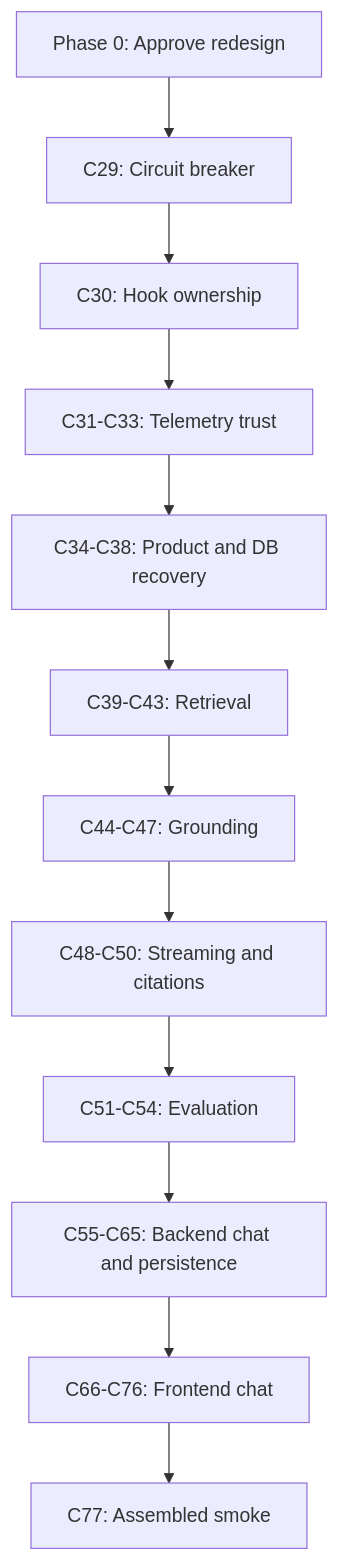
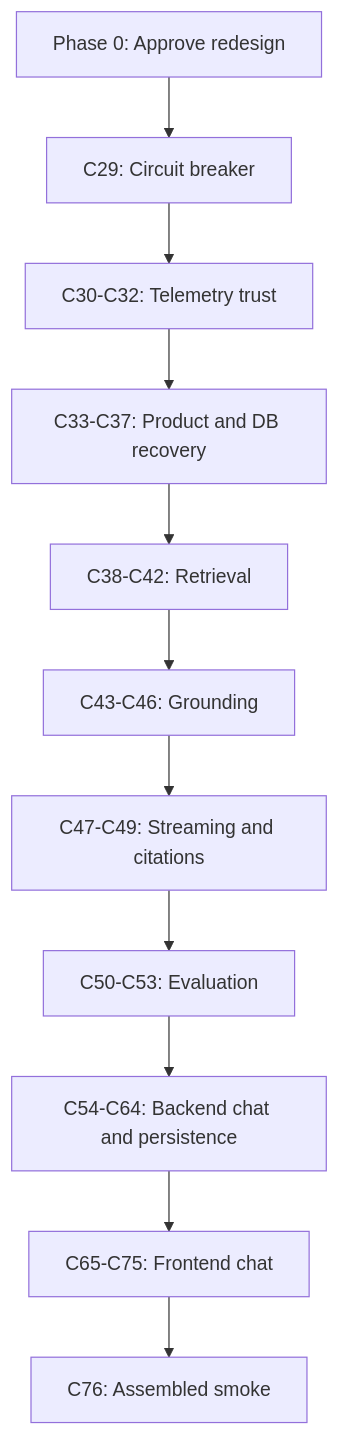
The diagram in MULTI_AGENT_WORKFLOW_REDESIGN_ROADMAP.md (EranMani/manifesto), drawn with Mermaid before and after one commit. The commit also changed other lines of this file and 11 other files, not shown here.

````diff
--- a/MULTI_AGENT_WORKFLOW_REDESIGN_ROADMAP.md
+++ b/MULTI_AGENT_WORKFLOW_REDESIGN_ROADMAP.md
@@ -676,14 +690,13 @@
 ```mermaid
 flowchart TD
     P0["Phase 0: Approve redesign"] --> C29["C29: Circuit breaker"]
-    C29 --> C30["C30: Hook ownership"]
-    C30 --> WF["C31-C33: Telemetry trust"]
-    WF --> REC["C34-C38: Product and DB recovery"]
-    REC --> RET["C39-C43: Retrieval"]
-    RET --> GRD["C44-C47: Grounding"]
-    GRD --> STR["C48-C50: Streaming and citations"]
-    STR --> EVAL["C51-C54: Evaluation"]
-    EVAL --> API["C55-C65: Backend chat and persistence"]
-    API --> UI["C66-C76: Frontend chat"]
-    UI --> C77["C77: Assembled smoke"]
+    C29 --> WF["C30-C32: Telemetry trust"]
+    WF --> REC["C33-C37: Product and DB recovery"]
+    REC --> RET["C38-C42: Retrieval"]
+    RET --> GRD["C43-C46: Grounding"]
+    GRD --> STR["C47-C49: Streaming and citations"]
+    STR --> EVAL["C50-C53: Evaluation"]
+    EVAL --> API["C54-C64: Backend chat and persistence"]
+    API --> UI["C65-C75: Frontend chat"]
+    UI --> C76["C76: Assembled smoke"]
 ```
````
